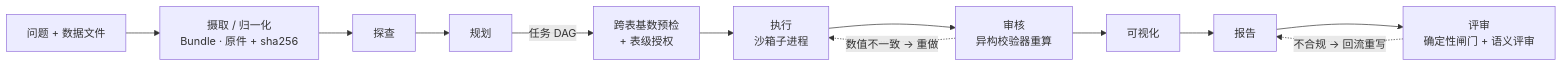
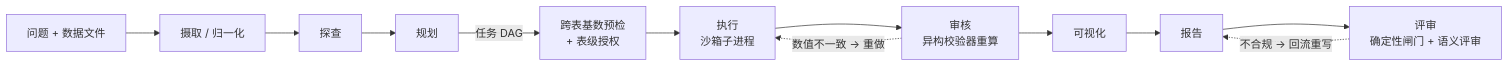
One commit to jiawenlai1109/agentflow-log-audit-engine changed the diagram in README.md. Above: the diagram before and after it, drawn with Mermaid. The commit also changed other lines of this file, not shown here.

````diff
--- a/README.md
+++ b/README.md
@@ -157,12 +62,12 @@
 ```mermaid
 flowchart LR
-    Q[问题 + 数据文件] --> IN[摄取 / 归一化<br/>Bundle · 原件 + sha256]
+    Q[问题 + 数据文件] --> IN[摄取 / 归一化]
     IN --> EX[探查] --> PL[规划]
     PL -->|任务 DAG| PF[跨表基数预检<br/>+ 表级授权]
     PF --> EXE[执行<br/>沙箱子进程]
     EXE --> INS[审核<br/>异构校验器重算]
     INS --> VIS[可视化] --> REP[报告]
     REP --> CR[评审<br/>确定性闸门 + 语义评审]
     CR -.->|不合规 → 回流重写| REP
     INS -.->|数值不一致 → 重做| EXE
 ```
````
